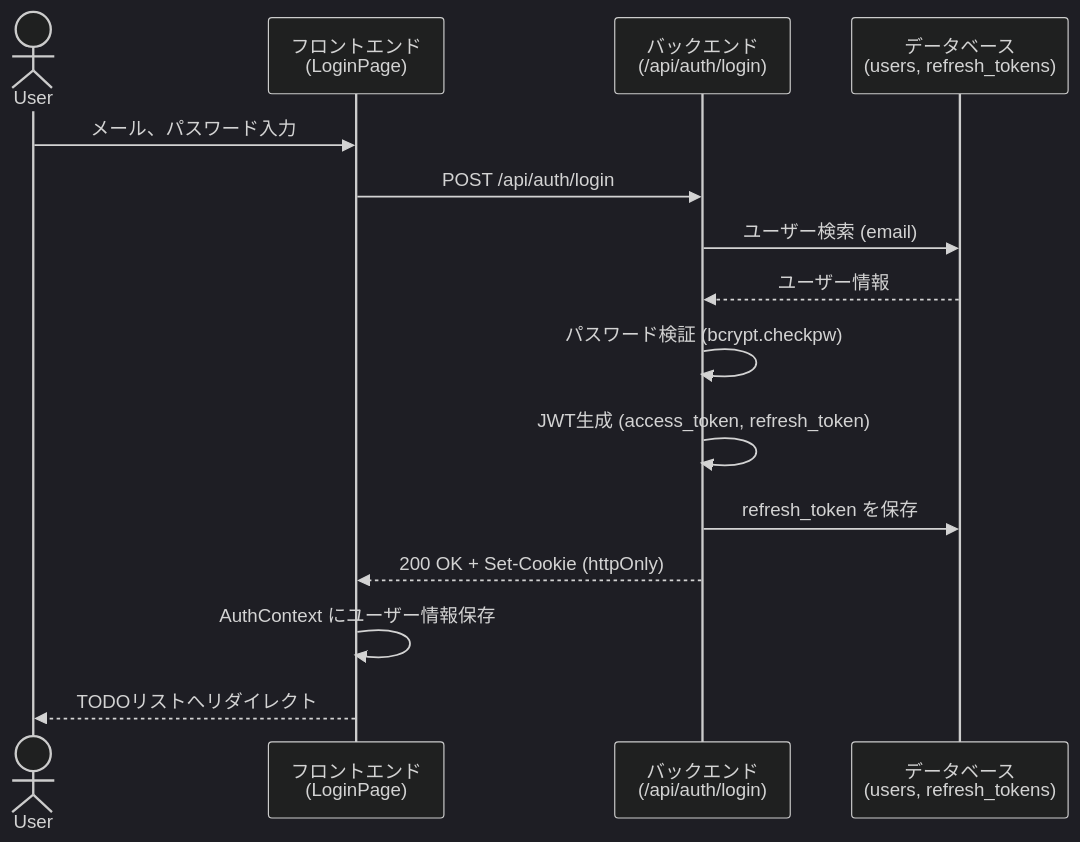
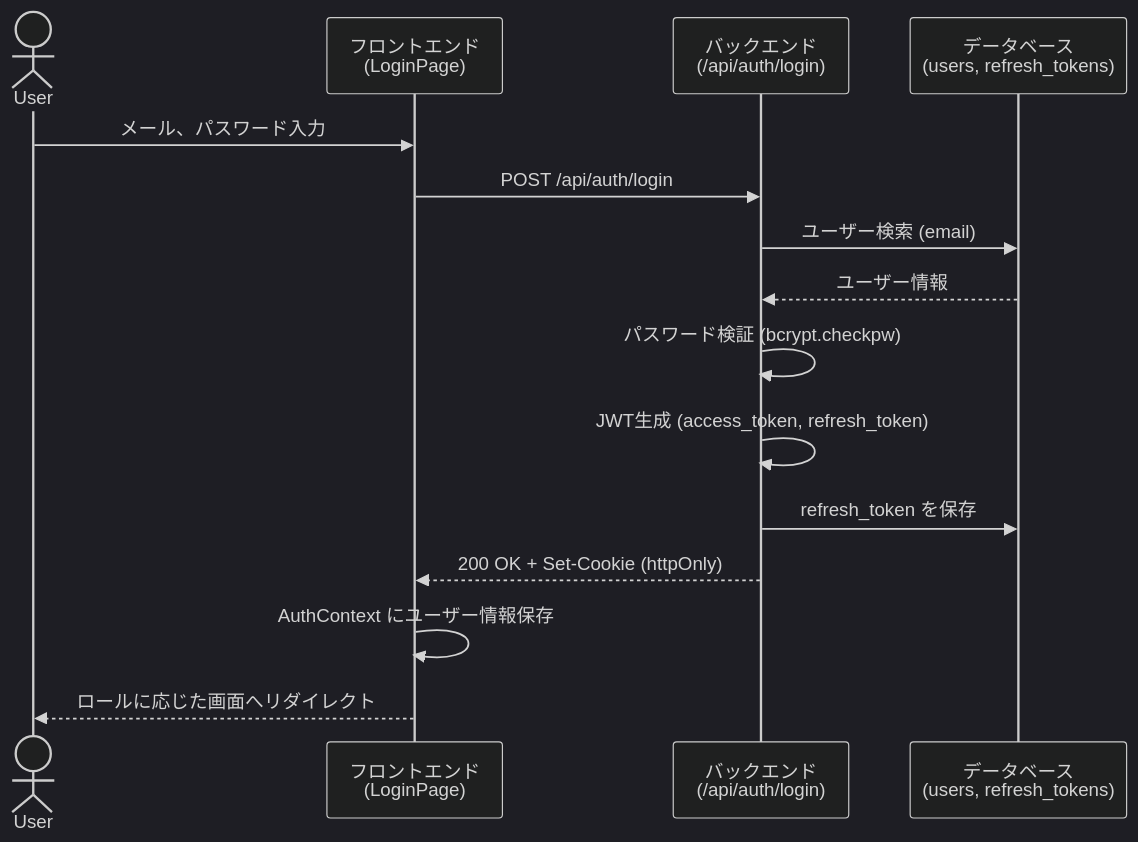
One commit to TomokiIshimine/fullstack-agent-app-with-claude changed the first of 3 diagrams in docs/02_authentication-authorization.md. Above: the diagram before and after it, drawn with Mermaid (dark theme). The commit also changed other lines of this file and 9 other files, not shown here.

````diff
--- a/docs/02_authentication-authorization.md
+++ b/docs/02_authentication-authorization.md
@@ -40,18 +40,18 @@
 ```mermaid
 sequenceDiagram
     actor User
     participant UI as フロントエンド<br/>(LoginPage)
     participant API as バックエンド<br/>(/api/auth/login)
     participant DB as データベース<br/>(users, refresh_tokens)
 
     User->>UI: メール、パスワード入力
     UI->>API: POST /api/auth/login
     API->>DB: ユーザー検索 (email)
     DB-->>API: ユーザー情報
     API->>API: パスワード検証 (bcrypt.checkpw)
     API->>API: JWT生成 (access_token, refresh_token)
     API->>DB: refresh_token を保存
     API-->>UI: 200 OK + Set-Cookie (httpOnly)
     UI->>UI: AuthContext にユーザー情報保存
-    UI-->>User: TODOリストへリダイレクト
+    UI-->>User: ロールに応じた画面へリダイレクト
 ```
````
